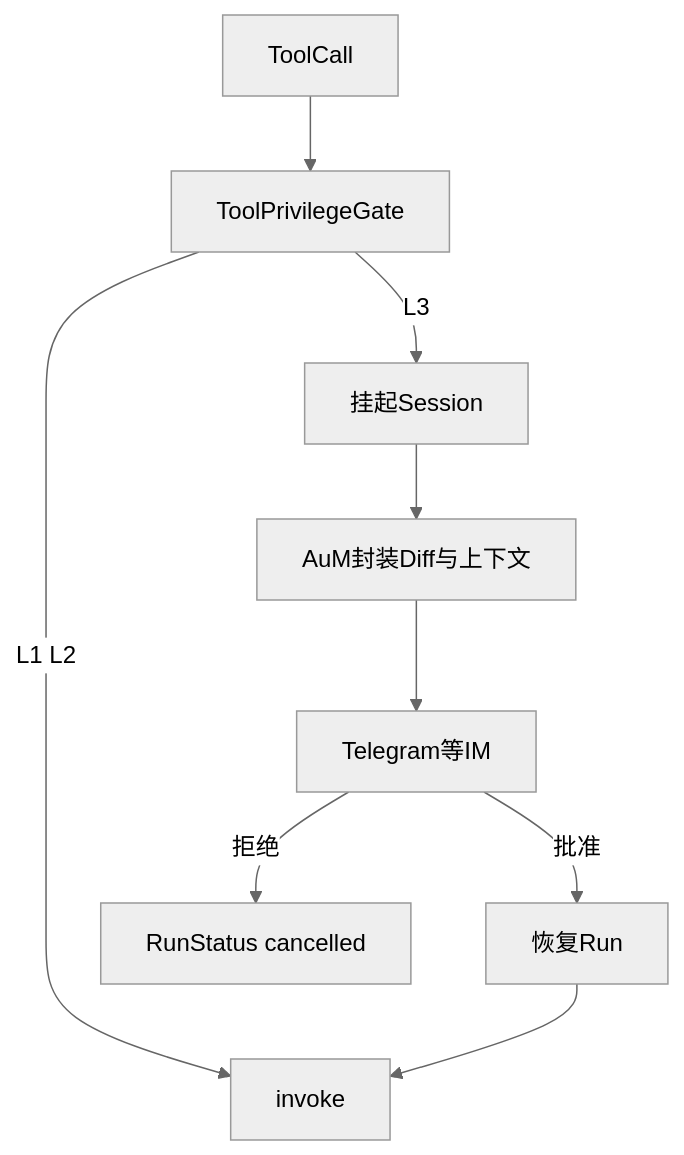
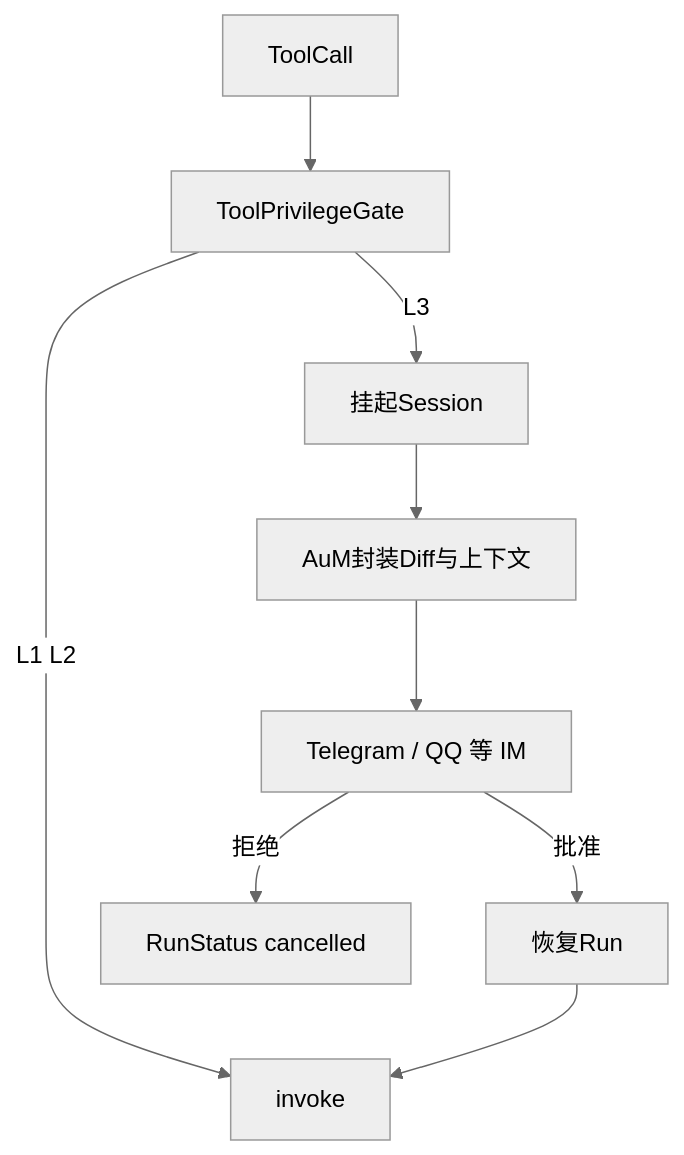
The diagram in docs/tool-privilege.md (ufy2024/AuC), drawn with Mermaid (neutral theme) before and after one commit. The commit also changed other lines of this file and 98 other files, not shown here.

````diff
--- a/docs/tool-privilege.md
+++ b/docs/tool-privilege.md
@@ -29,11 +29,11 @@
 ```mermaid
 flowchart TB
   TC[ToolCall] --> Gate[ToolPrivilegeGate]
   Gate -->|L1 L2| Exec[invoke]
   Gate -->|L3| Suspend[挂起Session]
   Suspend --> AuM[AuM封装Diff与上下文]
-  AuM --> IM[Telegram等IM]
+  AuM --> IM[Telegram / QQ 等 IM]
   IM -->|批准| Resume[恢复Run]
   IM -->|拒绝| Abort[RunStatus cancelled]
   Resume --> Exec
 ```
````
